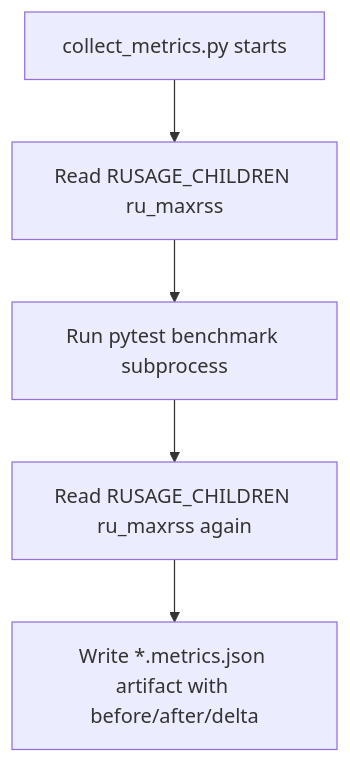
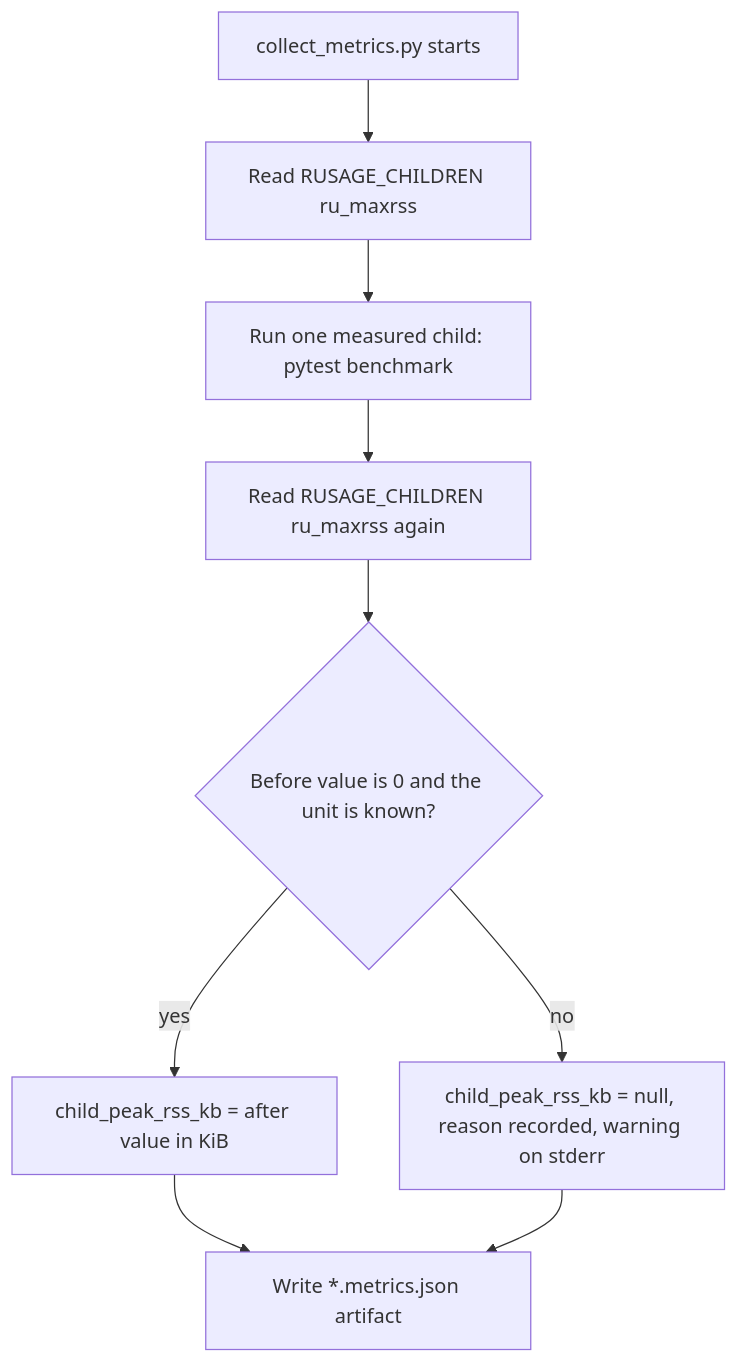
Before and after one commit to cubrid-lab/cubrid-benchmark: the third of 4 diagrams in docs/METHODOLOGY.md, drawn with Mermaid. The commit also changed other lines of this file and 4 other files, not shown here.

First line of the commit message:
test(metrics): pin single-child RSS semantics and reject misleading multi-child deltas (#50)

````diff
--- a/docs/METHODOLOGY.md
+++ b/docs/METHODOLOGY.md
@@ -158,7 +160,11 @@
 ```mermaid
 flowchart TD
     Start[collect_metrics.py starts] --> Before[Read RUSAGE_CHILDREN ru_maxrss]
-    Before --> Run[Run pytest benchmark subprocess]
+    Before --> Run[Run one measured child: pytest benchmark]
     Run --> After[Read RUSAGE_CHILDREN ru_maxrss again]
-    After --> Emit[Write *.metrics.json artifact with before/after/delta]
+    After --> Check{Before value is 0 and the unit is known?}
+    Check -->|yes| Peak[child_peak_rss_kb = after value in KiB]
+    Check -->|no| Null[child_peak_rss_kb = null, reason recorded, warning on stderr]
+    Peak --> Emit[Write *.metrics.json artifact]
+    Null --> Emit
 ```
````
